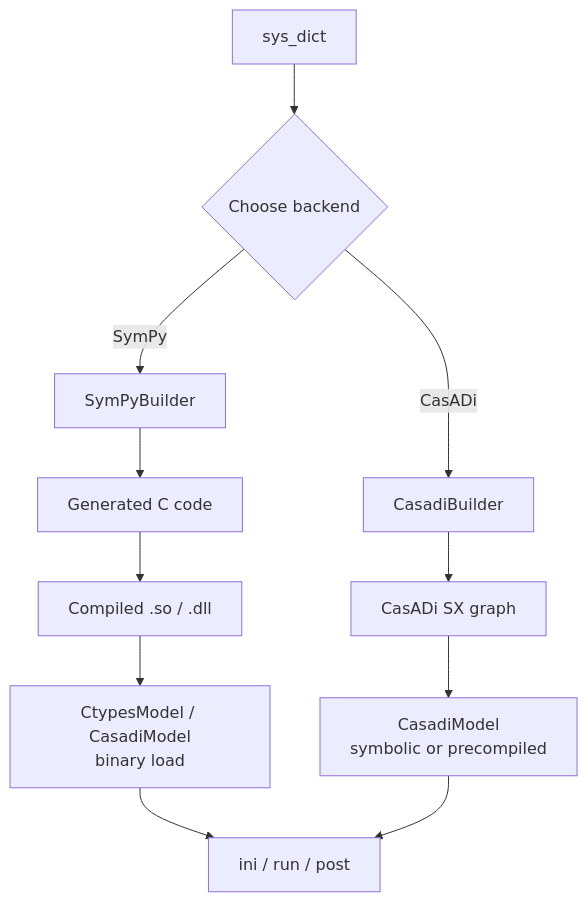
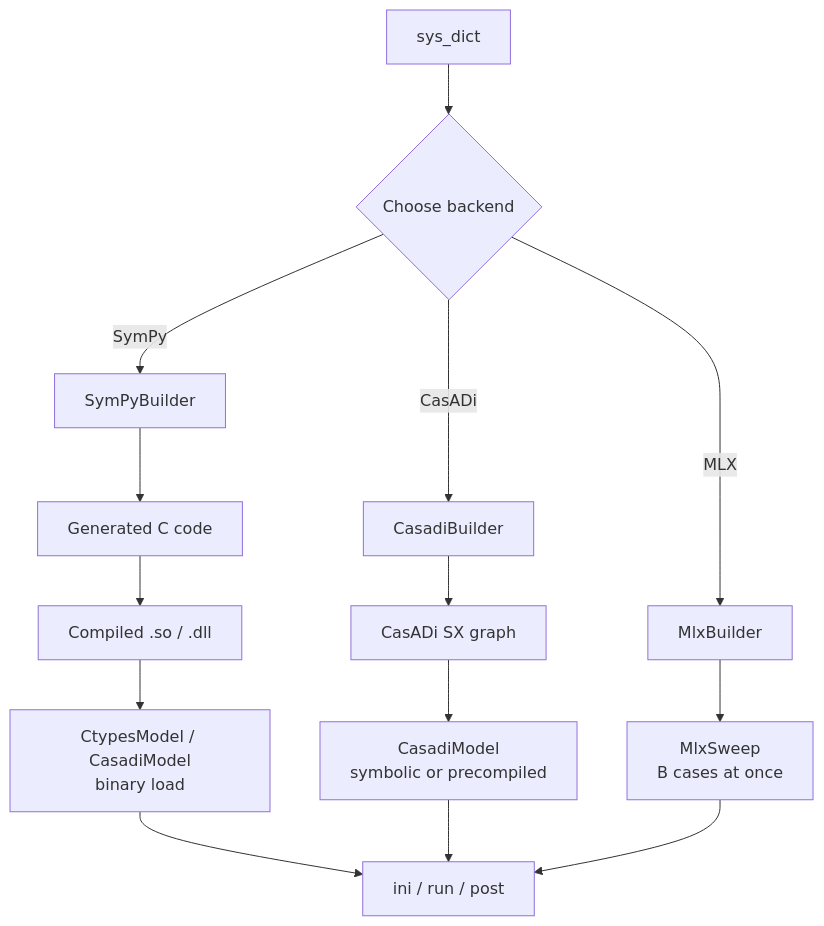
Before and after one commit to pydae/pydae: the diagram in docs/pydae-core/overview.md, drawn with Mermaid. The commit also changed other lines of this file and 53 other files, not shown here.

````diff
--- a/docs/pydae-core/overview.md
+++ b/docs/pydae-core/overview.md
@@ -10,13 +11,16 @@
 ```{mermaid}
 flowchart TD
     A[sys_dict] --> B{Choose backend}
     B -->|SymPy| C[SymPyBuilder]
     B -->|CasADi| D[CasadiBuilder]
+    B -->|MLX| K[MlxBuilder]
     C --> E[Generated C code]
     E --> F[Compiled .so / .dll]
     F --> G[CtypesModel / CasadiModel\nbinary load]
     D --> H[CasADi SX graph]
     H --> I[CasadiModel\nsymbolic or precompiled]
+    K --> L[MlxSweep\nB cases at once]
     G --> J[ini / run / post]
     I --> J
+    L --> J
 ```
````
